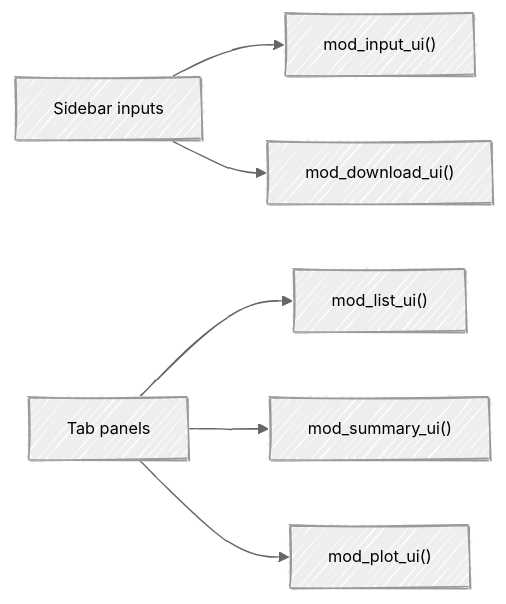
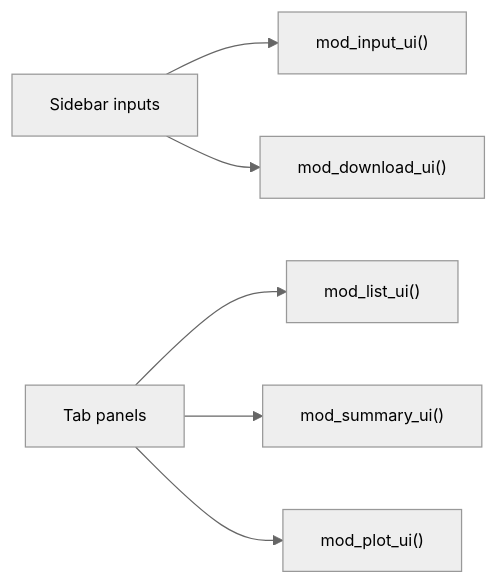
Before and after one commit to mjfrigaard/ttdviewer: the second of 4 diagrams in README.md, drawn with Mermaid. The commit also changed other lines of this file, not shown here.

Commit message:
updates to mermaid

````diff
--- a/README.md
+++ b/README.md
@@ -60,9 +60,9 @@
 ``` mermaid
-%%{init: {'theme': 'neutral', 'look': 'handDrawn', 'themeVariables': { 'fontFamily': 'monospace', 'fontSize':'13px'}}}%%
+%%{init: {'theme': 'neutral','themeVariables': { 'fontFamily': 'monospace', 'fontSize':'13px'}}}%%
 flowchart LR
   Sidebar["Sidebar inputs"] --> InputUI["mod_input_ui()"]
   Sidebar --> DownloadUI["mod_download_ui()"]
   Tabs["Tab panels"] --> ListUI["mod_list_ui()"]
   Tabs --> SummaryUI["mod_summary_ui()"]
   Tabs --> PlotUI["mod_plot_ui()"]
 ```
````
